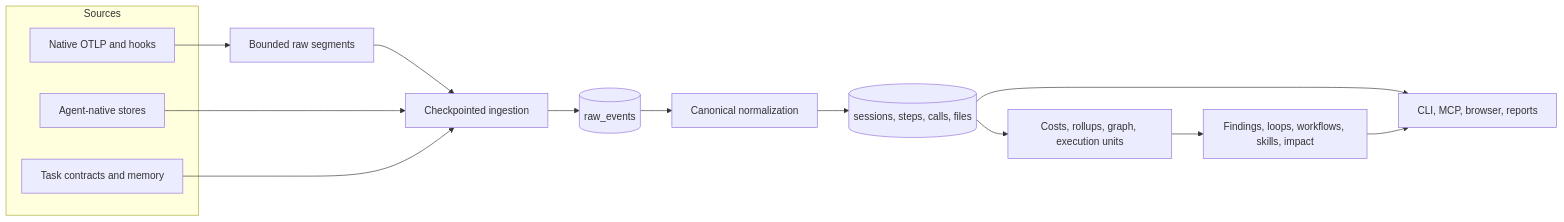
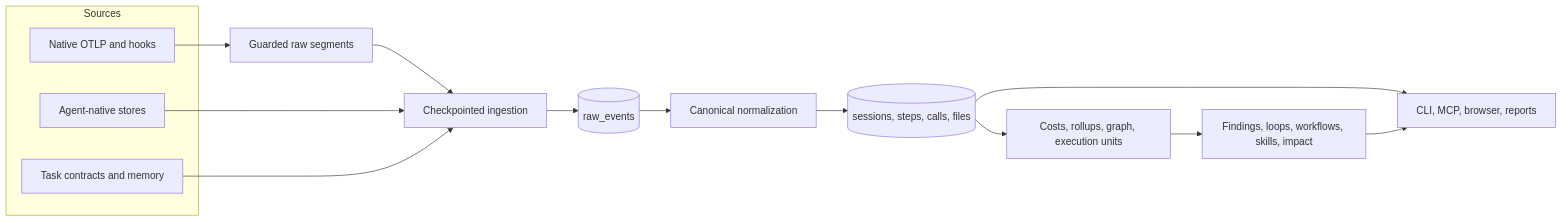
The first of 2 diagrams in docs/current-architecture.md (o11y-dev/reflect), drawn with Mermaid before and after one commit. The commit also changed other lines of this file and 33 other files, not shown here.

````diff
--- a/docs/current-architecture.md
+++ b/docs/current-architecture.md
@@ -24,20 +24,20 @@
 ```mermaid
 flowchart LR
     subgraph Sources
         OTLP[Native OTLP and hooks]
         Native[Agent-native stores]
         Context[Task contracts and memory]
     end
 
-    OTLP --> Segments[Bounded raw segments]
+    OTLP --> Segments[Guarded raw segments]
     Segments --> Ingest[Checkpointed ingestion]
     Native --> Ingest
     Context --> Ingest
     Ingest --> Raw[(raw_events)]
     Raw --> Normalize[Canonical normalization]
     Normalize --> Store[(sessions, steps, calls, files)]
     Store --> Derived[Costs, rollups, graph, execution units]
     Derived --> Improve[Findings, loops, workflows, skills, impact]
     Store --> Surfaces
     Improve --> Surfaces[CLI, MCP, browser, reports]
 ```
````
